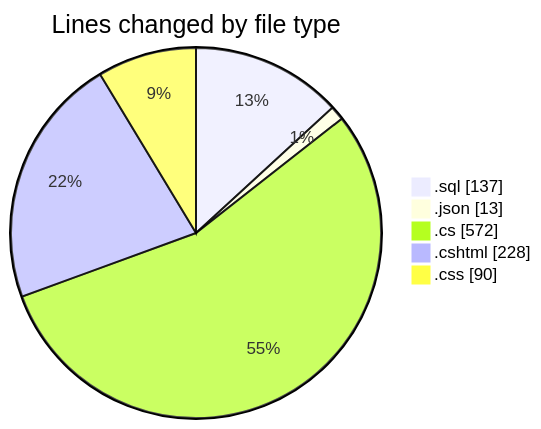
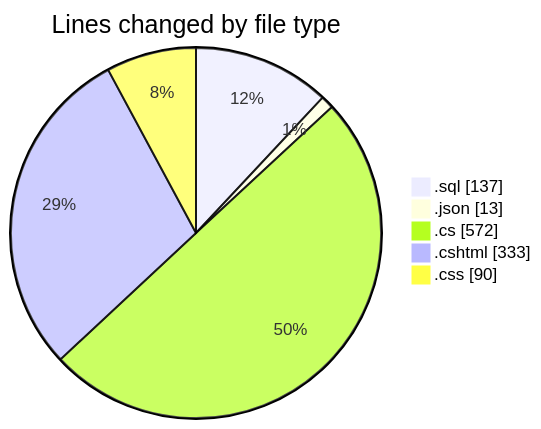
Before and after one commit to lephambinh05/code-tracking: the first of 2 diagrams in 2025-07-14/nhahang/README.md, drawn with Mermaid. The commit also changed other lines of this file and 1 other file, not shown here.

````diff
--- a/2025-07-14/nhahang/README.md
+++ b/2025-07-14/nhahang/README.md
@@ -36,9 +37,9 @@
 ```mermaid
 pie showData
 title Lines changed by file type
 ".sql" : 137
 ".json" : 13
 ".cs" : 572
-".cshtml" : 228
+".cshtml" : 333
 ".css" : 90
 ```
````
